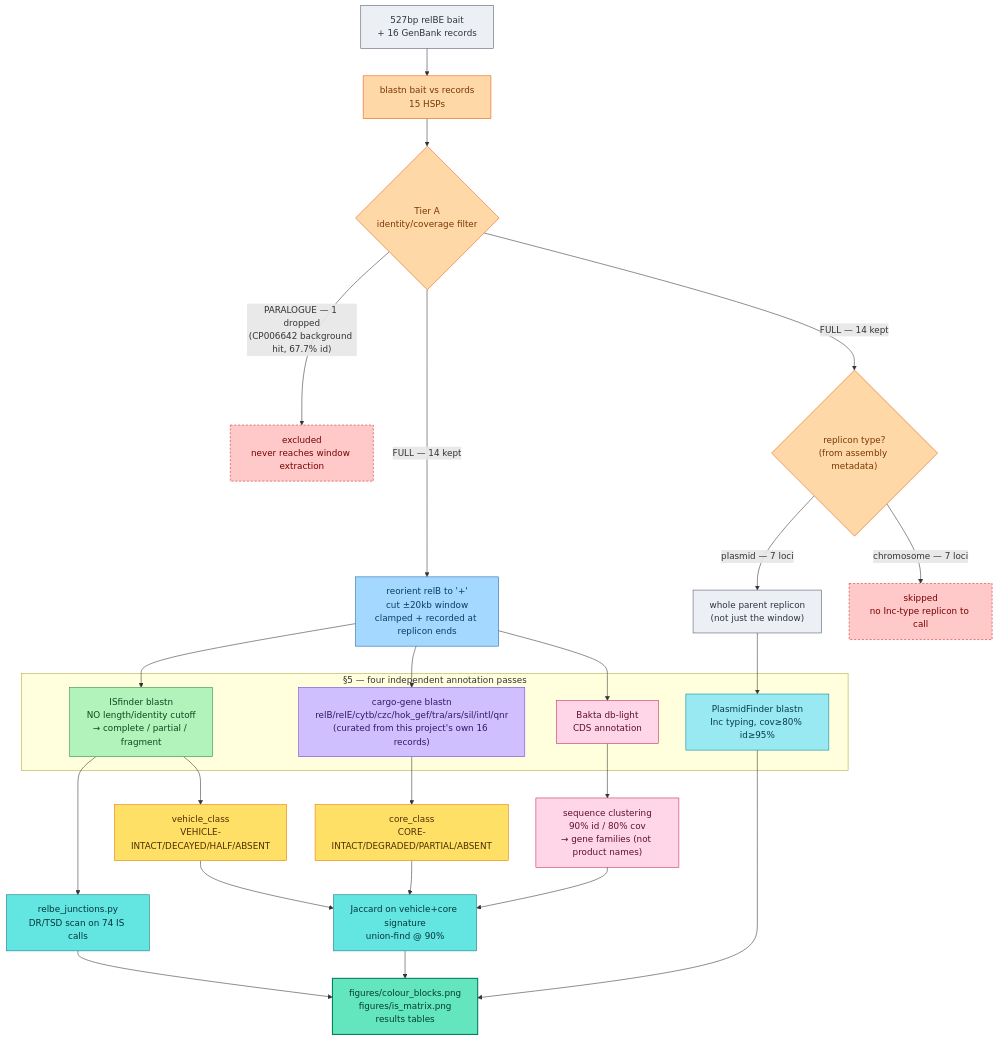
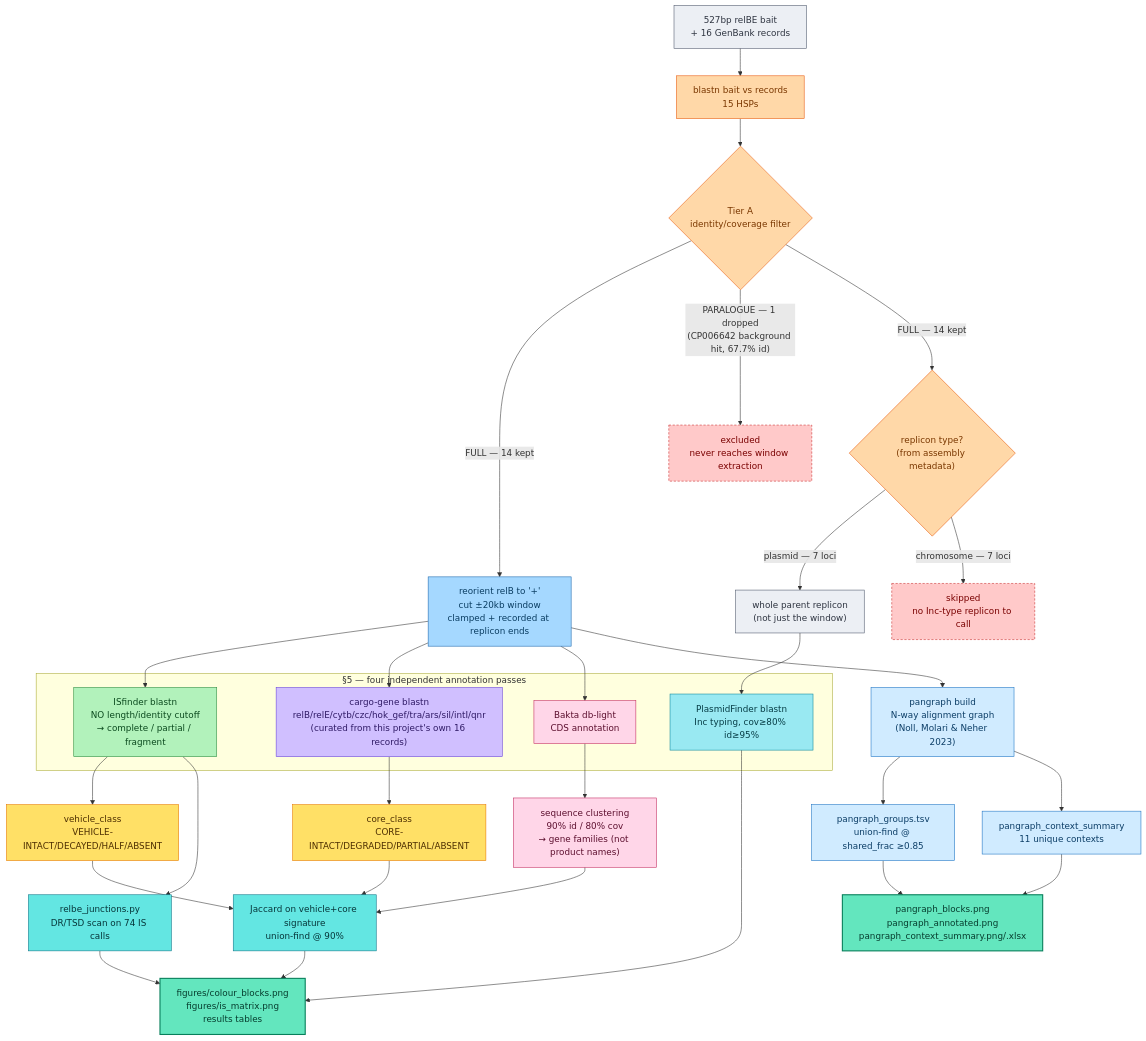
The diagram in REPORT.md (sethiyap/TAflank), drawn with Mermaid before and after one commit. The commit also changed other lines of this file and 1 other file, not shown here.

First line of the commit message:
Add pangraph to REPORT.md and credit it alongside Acman in the README

````diff
--- a/REPORT.md
+++ b/REPORT.md
@@ -63,54 +64,63 @@
 ```mermaid
 flowchart TD
     bait["527bp relBE bait\n+ 16 GenBank records"]:::input
 
     bait --> blast["blastn bait vs records\n15 HSPs"]:::tier
     blast --> tierA{"Tier A\nidentity/coverage filter"}:::tier
     tierA -->|"FULL — 14 kept"| window
     tierA -->|"PARALOGUE — 1 dropped\n(CP006642 background hit, 67.7% id)"| dropped["excluded\nnever reaches window extraction"]:::dropped
 
     window["reorient relB to '+'\ncut ±20kb window\nclamped + recorded at replicon ends"]:::window
     window --> isfinder
     window --> cargo
     window --> bakta
+    window --> pangraphBuild
 
     tierA -->|"FULL — 14 kept"| replClass{"replicon type?\n(from assembly metadata)"}:::tier
     replClass -->|"plasmid — 7 loci"| replicon
     replClass -->|"chromosome — 7 loci"| noPF["skipped\nno Inc-type replicon to call"]:::dropped
 
     replicon["whole parent replicon\n(not just the window)"]:::input --> plasmidfinder
 
     subgraph annotate["§5 — four independent annotation passes"]
         isfinder["ISfinder blastn\nNO length/identity cutoff\n→ complete / partial / fragment"]:::isfinder
         cargo["cargo-gene blastn\nrelB/relE/cytb/czc/hok_gef/tra/ars/sil/intI/qnr\n(curated from this project's own 16 records)"]:::cargo
         plasmidfinder["PlasmidFinder blastn\nInc typing, cov≥80% id≥95%"]:::plasmidfinder
         bakta["Bakta db-light\nCDS annotation"]:::bakta
     end
 
     bakta --> families["sequence clustering\n90% id / 80% cov\n→ gene families (not product names)"]:::bakta
 
     isfinder --> vehicle["vehicle_class\nVEHICLE-INTACT/DECAYED/HALF/ABSENT"]:::classify
     cargo --> core["core_class\nCORE-INTACT/DEGRADED/PARTIAL/ABSENT"]:::classify
 
     isfinder --> tsd["relbe_junctions.py\nDR/TSD scan on 74 IS calls"]:::history
     vehicle --> jaccard["Jaccard on vehicle+core signature\nunion-find @ 90%"]:::history
     core --> jaccard
     families --> jaccard
 
     tsd --> figure
     jaccard --> figure
     plasmidfinder --> figure
     figure["figures/colour_blocks.png\nfigures/is_matrix.png\nresults tables"]:::output
 
+    pangraphBuild["pangraph build\nN-way alignment graph\n(Noll, Molari & Neher 2023)"]:::pangraph
+    pangraphBuild --> pangraphGroups["pangraph_groups.tsv\nunion-find @ shared_frac ≥0.85"]:::pangraph
+    pangraphBuild --> pangraphCtx["pangraph_context_summary\n11 unique contexts"]:::pangraph
+    pangraphGroups --> pangraphOut
+    pangraphCtx --> pangraphOut
+    pangraphOut["pangraph_blocks.png\npangraph_annotated.png\npangraph_context_summary.png/.xlsx"]:::output
+
     classDef input fill:#eceff4,stroke:#4c566a,color:#2e3440,stroke-width:1px
     classDef tier fill:#ffd8a8,stroke:#e8590c,color:#7a3700,stroke-width:1px
     classDef dropped fill:#ffc9c9,stroke:#c92a2a,color:#7a0000,stroke-width:1px,stroke-dasharray: 4 3
     classDef window fill:#a5d8ff,stroke:#1864ab,color:#0a3d62,stroke-width:1px
     classDef isfinder fill:#b2f2bb,stroke:#2b8a3e,color:#0b4a1e,stroke-width:1px
     classDef cargo fill:#d0bfff,stroke:#6741d9,color:#2f1a66,stroke-width:1px
     classDef plasmidfinder fill:#99e9f2,stroke:#0c8599,color:#063c45,stroke-width:1px
     classDef bakta fill:#ffd6e8,stroke:#c2255c,color:#5c0f2e,stroke-width:1px
     classDef classify fill:#ffe066,stroke:#e67700,color:#4d2e00,stroke-width:1px
     classDef history fill:#63e6e2,stroke:#0b7285,color:#063539,stroke-width:1px
+    classDef pangraph fill:#d0ebff,stroke:#1971c2,color:#0b3d66,stroke-width:1px
     classDef output fill:#63e6be,stroke:#087f5b,color:#063d2e,stroke-width:2px
 ```
````
